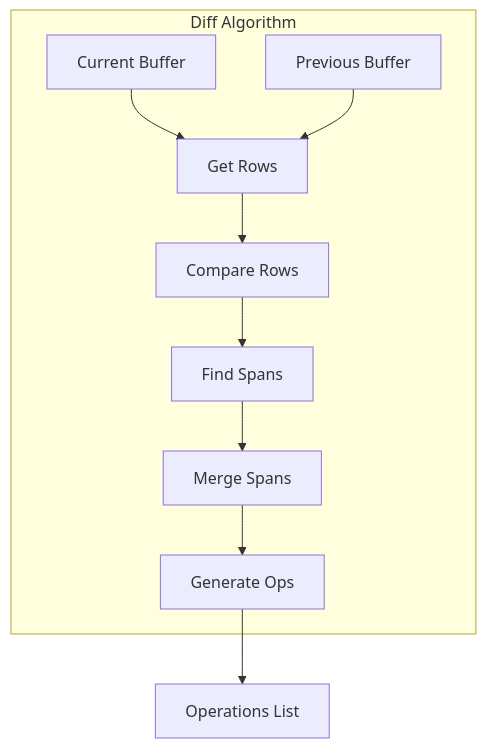
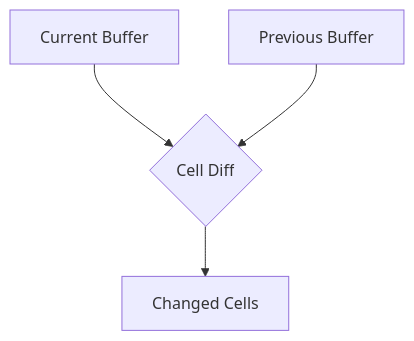
One commit to pcharbon70/term_ui changed the third of 3 diagrams in guides/developer/03-rendering-pipeline.md. Above: the diagram before and after it, drawn with Mermaid. The commit also changed other lines of this file and 241 other files, not shown here.

````diff
--- a/guides/developer/03-rendering-pipeline.md
+++ b/guides/developer/03-rendering-pipeline.md
@@ -168,13 +169,6 @@
 ```mermaid
 graph TB
-    subgraph "Diff Algorithm"
-        CB[Current Buffer] --> GR[Get Rows]
-        PB[Previous Buffer] --> GR
-        GR --> CR[Compare Rows]
-        CR --> FS[Find Spans]
-        FS --> MS[Merge Spans]
-        MS --> GO[Generate Ops]
-    end
-
-    GO --> OPS[Operations List]
+    CB[Current Buffer] --> D{Cell Diff}
+    PB[Previous Buffer] --> D
+    D --> CC[Changed Cells]
 ```
````
